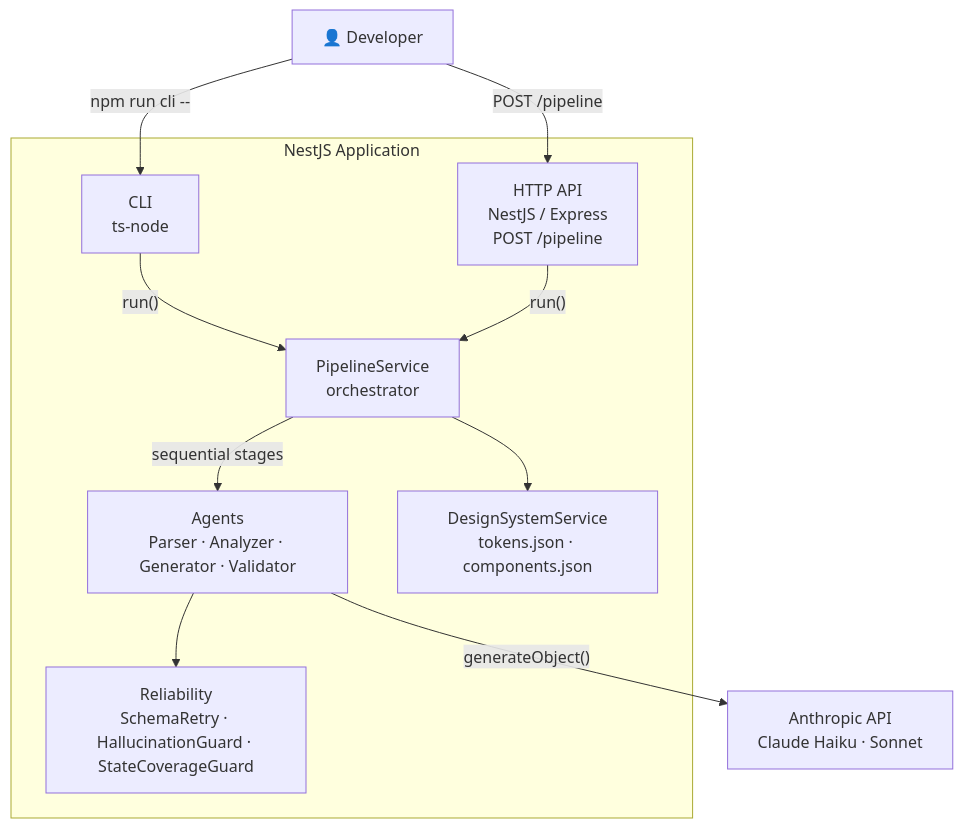
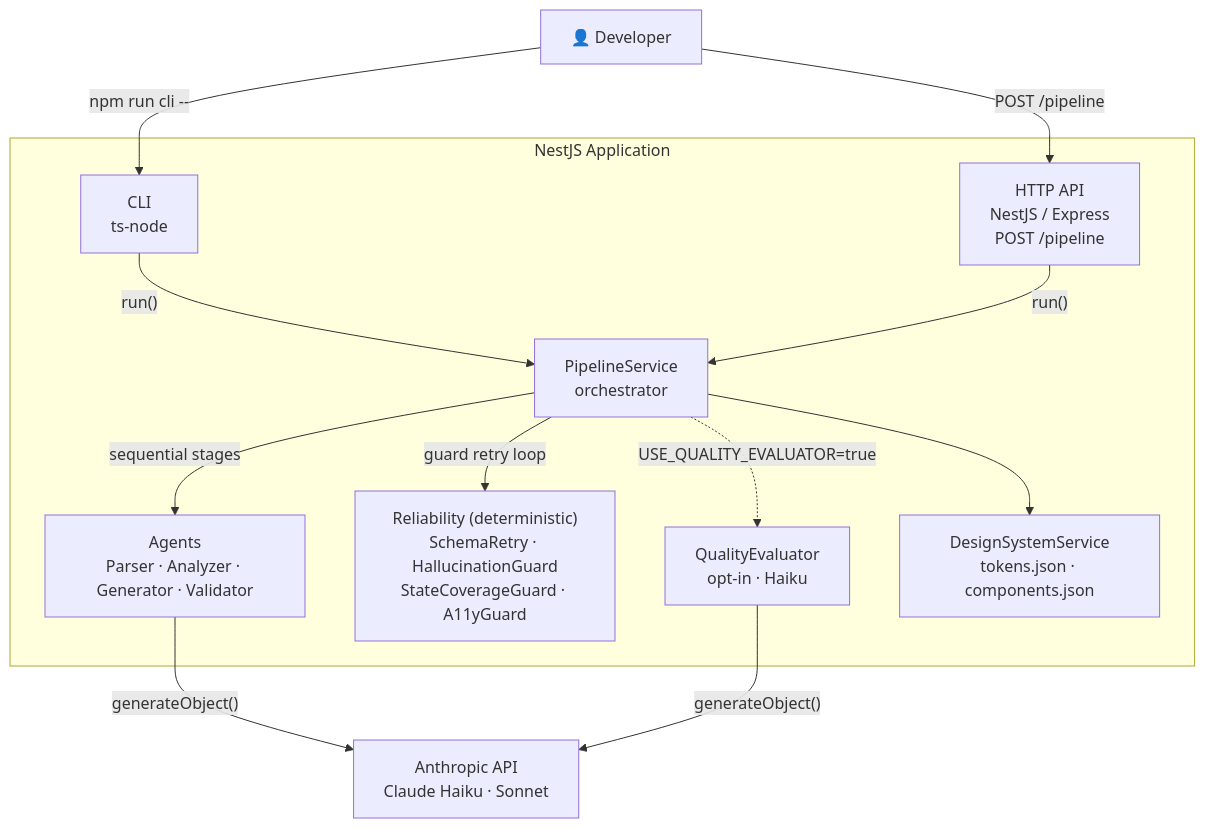
Before and after one commit to just3is-dev/unlimit-test: the second of 3 diagrams in README.md, drawn with Mermaid. The commit also changed other lines of this file, not shown here.

First line of the commit message:
docs: update C2 and sequence diagrams to reflect current architecture

````diff
--- a/README.md
+++ b/README.md
@@ -106,23 +106,26 @@
 ```mermaid
 flowchart TD
     dev["👤 Developer"]
     anthropic["Anthropic API\nClaude Haiku · Sonnet"]
 
     subgraph app["NestJS Application"]
         cli["CLI\nts-node"]
         http["HTTP API\nNestJS / Express\nPOST /pipeline"]
         svc["PipelineService\norchestrator"]
         agents["Agents\nParser · Analyzer · Generator · Validator"]
-        reliability["Reliability\nSchemaRetry · HallucinationGuard · StateCoverageGuard"]
+        reliability["Reliability (deterministic)\nSchemaRetry · HallucinationGuard\nStateCoverageGuard · A11yGuard"]
+        qe["QualityEvaluator\nopt-in · Haiku"]
         ds["DesignSystemService\ntokens.json · components.json"]
     end
 
     dev -->|"npm run cli --"| cli
     dev -->|"POST /pipeline"| http
     cli -->|"run()"| svc
     http -->|"run()"| svc
     svc -->|"sequential stages"| agents
+    svc -->|"guard retry loop"| reliability
+    svc -.->|"USE_QUALITY_EVALUATOR=true"| qe
     svc --> ds
-    agents --> reliability
     agents -->|"generateObject()"| anthropic
+    qe -->|"generateObject()"| anthropic
 ```
````
